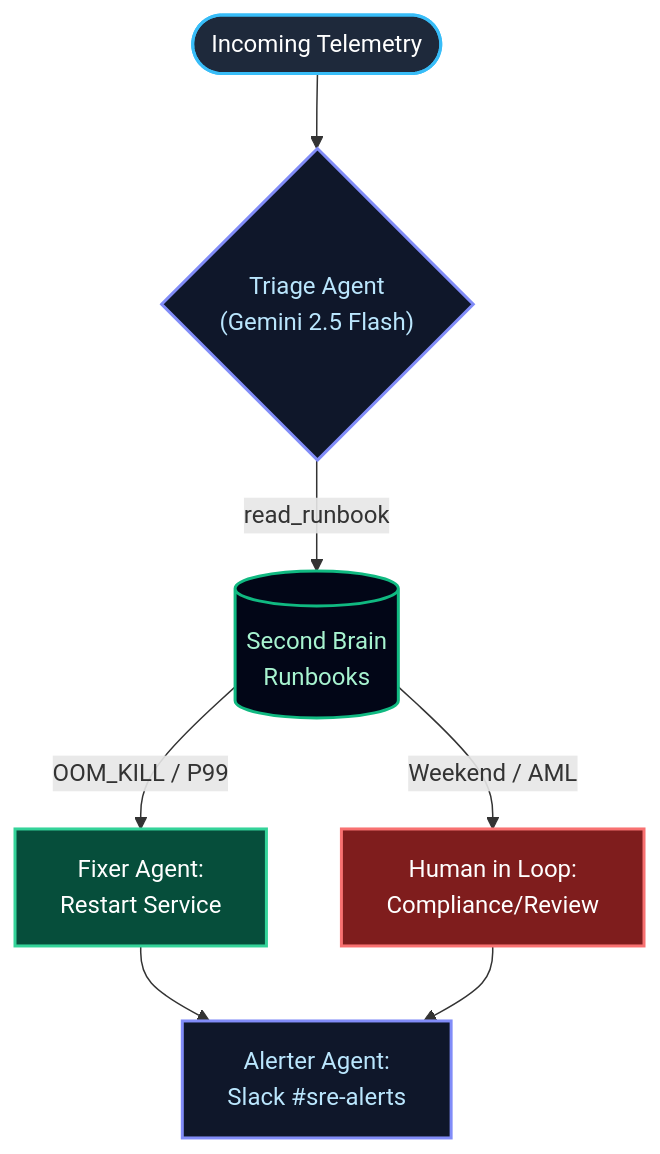
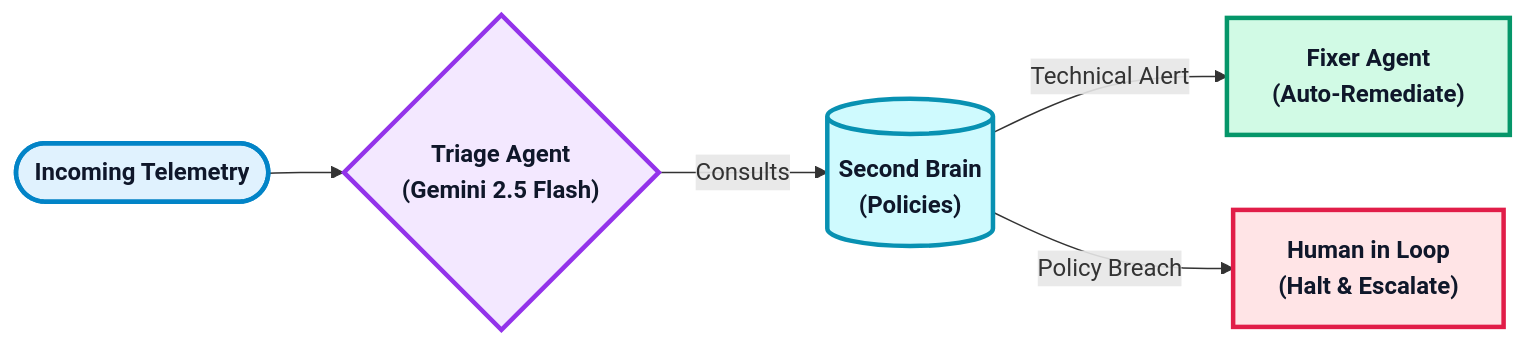
Before and after one commit to fastute/sre-swarm: the diagram in README.md, drawn with Mermaid. The commit also changed other lines of this file and 6 other files, not shown here.

````diff
--- a/README.md
+++ b/README.md
@@ -25,18 +25,16 @@
 ```mermaid
-flowchart TD
-    classDef start fill:#1e293b,stroke:#38bdf8,stroke-width:2px,color:#fff;
-    classDef ai fill:#0f172a,stroke:#818cf8,stroke-width:2px,color:#bae6fd;
-    classDef kb fill:#020617,stroke:#10b981,stroke-width:2px,color:#a7f3d0;
-    classDef heal fill:#064e3b,stroke:#34d399,stroke-width:2px,color:#fff;
-    classDef human fill:#7f1d1d,stroke:#f87171,stroke-width:2px,color:#fff;
+flowchart LR
+    classDef start fill:#e0f2fe,stroke:#0284c7,stroke-width:3px,color:#0f172a,font-weight:bold;
+    classDef ai fill:#f3e8ff,stroke:#9333ea,stroke-width:3px,color:#0f172a,font-weight:bold;
+    classDef kb fill:#cffafe,stroke:#0891b2,stroke-width:3px,color:#0f172a,font-weight:bold;
+    classDef heal fill:#d1fae5,stroke:#059669,stroke-width:3px,color:#0f172a,font-weight:bold;
+    classDef human fill:#ffe4e6,stroke:#e11d48,stroke-width:3px,color:#0f172a,font-weight:bold;
+    classDef note fill:#fffbeb,stroke:#f59e0b,stroke-width:2px,color:#92400e,stroke-dasharray: 5 5,font-weight:bold;
 
-    Start(["Incoming Telemetry"]):::start --> TR{"Triage Agent<br/>(Gemini 2.5 Flash)"}:::ai
+    Start(["Incoming Telemetry"]):::start --> TR{"Triage Agent<br>(Gemini 2.5 Flash)"}:::ai
     
-    TR -->|"read_runbook"| KB[("Second Brain<br/>Runbooks")]:::kb
+    TR -->|"Consults"| KB[("Second Brain<br>(Policies)")]:::kb
     
-    KB -->|"Weekend / AML"| HIL["Human in Loop:<br/>Compliance/Review"]:::human
-    KB -->|"OOM_KILL / P99"| FX["Fixer Agent:<br/>Restart Service"]:::heal
-    
-    FX --> AL["Alerter Agent:<br/>Slack #sre-alerts"]:::ai
-    HIL --> AL
+    KB -->|"Technical Alert"| FX["Fixer Agent<br>(Auto-Remediate)"]:::heal
+    KB -->|"Policy Breach"| HIL["Human in Loop<br>(Halt & Escalate)"]:::human
 ```
````
